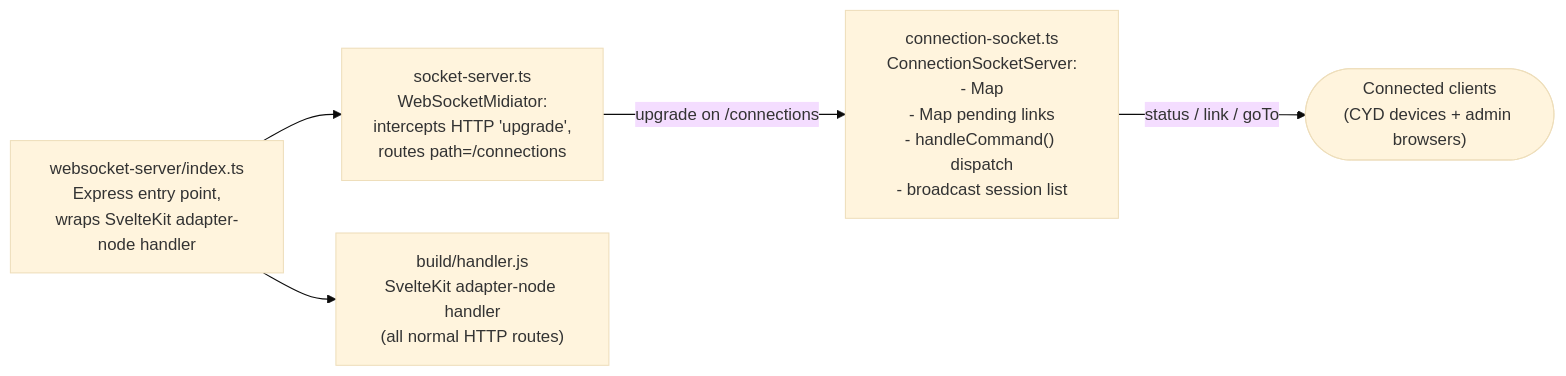
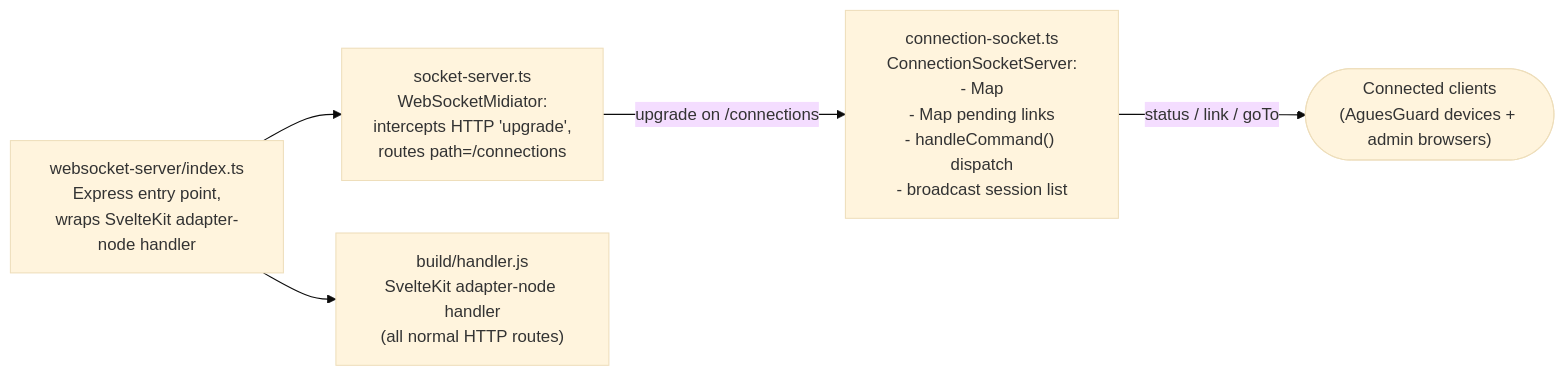
The third of 7 diagrams in docs/agues-guard_DESIGN.md (yodivdhende/terra-prime), drawn with Mermaid (base theme) before and after one commit. The commit also changed other lines of this file, not shown here.

````diff
--- a/docs/agues-guard_DESIGN.md
+++ b/docs/agues-guard_DESIGN.md
@@ -102,12 +104,12 @@
 ```mermaid
 flowchart LR
     entry["websocket-server/index.ts\nExpress entry point,\nwraps SvelteKit adapter-node handler"]
     mid["socket-server.ts\nWebSocketMidiator:\nintercepts HTTP 'upgrade',\nroutes path=/connections"]
     csock["connection-socket.ts\nConnectionSocketServer:\n- Map<WebSocket, StatusCommandInfo>\n- Map<token, Date> pending links\n- handleCommand() dispatch\n- broadcast session list"]
     handler["build/handler.js\nSvelteKit adapter-node handler\n(all normal HTTP routes)"]
 
     entry --> mid
     entry --> handler
     mid -- "upgrade on /connections" --> csock
-    csock -- "status / link / goTo" --> Clients(["Connected clients\n(CYD devices + admin browsers)"])
+    csock -- "status / link / goTo" --> Clients(["Connected clients\n(AguesGuard devices + admin browsers)"])
 ```
````
